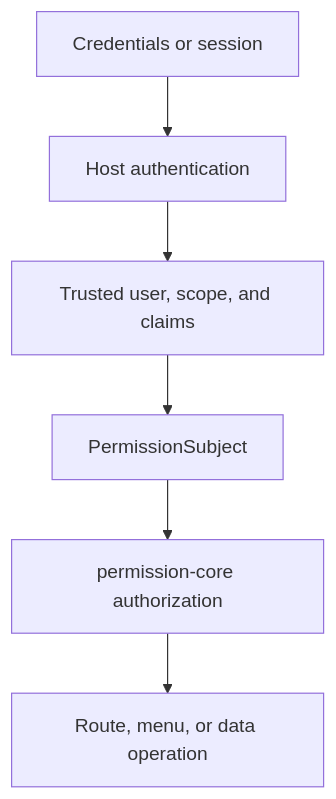
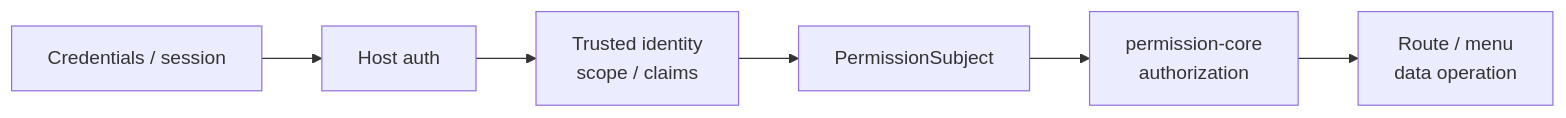
One commit to vextjs/permission-core changed the diagram in website/docs/guide/authentication-boundary.md. Above: the diagram before and after it, drawn with Mermaid. The commit also changed 1 other file, not shown here.

Commit message:
docs: compact authentication boundary diagram

````diff
--- a/website/docs/guide/authentication-boundary.md
+++ b/website/docs/guide/authentication-boundary.md
@@ -8,10 +8,10 @@
 ```mermaid
-flowchart TD
+flowchart LR
   accTitle: Authentication and authorization boundary
   accDescr: The host authenticates credentials and supplies trusted identity, scope, and claims before permission-core authorizes a route, menu, or data operation.
-  A["Credentials or session"] --> B["Host authentication"]
-  B --> C["Trusted user, scope, and claims"]
+  A["Credentials / session"] --> B["Host auth"]
+  B --> C["Trusted identity<br/>scope / claims"]
   C --> D["PermissionSubject"]
-  D --> E["permission-core authorization"]
-  E --> F["Route, menu, or data operation"]
+  D --> E["permission-core<br/>authorization"]
+  E --> F["Route / menu<br/>data operation"]
 ```
````
